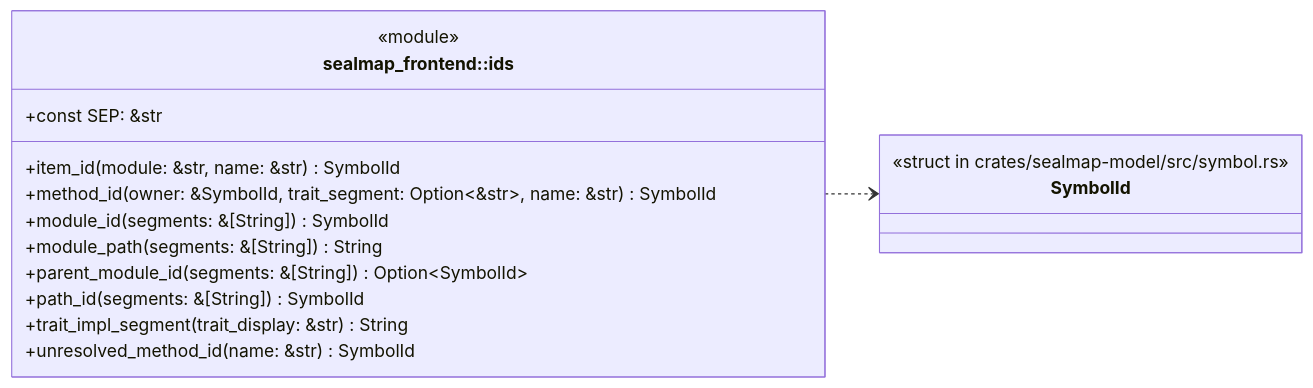
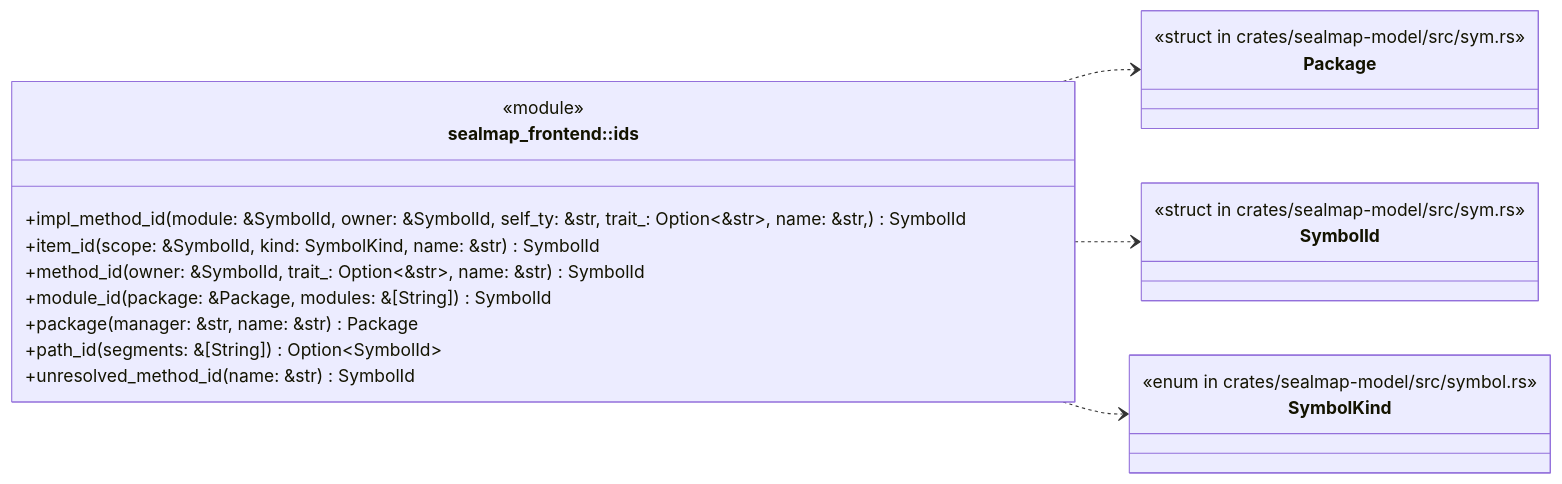
The first of 8 diagrams in docs/sealmap/crates/sealmap-frontend/src/ids.rs.md (DreamLab-AI/codemaid), drawn with Mermaid before and after one commit. The commit also changed other lines of this file and 45 other files, not shown here.

First line of the commit message:
docs: regenerate the self-corpus for sym: ids and schema v2

````diff
--- a/docs/sealmap/crates/sealmap-frontend/src/ids.rs.md
+++ b/docs/sealmap/crates/sealmap-frontend/src/ids.rs.md
@@ -14,20 +14,26 @@
 ```mermaid
 classDiagram
   direction LR
   class sealmap_frontend__ids["sealmap_frontend::ids"] {
     <<module>>
-    +const SEP: &str
-    +item_id(module: &str, name: &str) SymbolId
-    +method_id(owner: &SymbolId, trait_segment: Option#lt;&str#gt;, name: &str) SymbolId
-    +module_id(segments: &[String]) SymbolId
-    +module_path(segments: &[String]) String
-    +parent_module_id(segments: &[String]) Option#lt;SymbolId#gt;
-    +path_id(segments: &[String]) SymbolId
-    +trait_impl_segment(trait_display: &str) String
+    +impl_method_id(module: &SymbolId, owner: &SymbolId, self_ty: &str, trait_: Option#lt;&str#gt;, name: &str,) SymbolId
+    +item_id(scope: &SymbolId, kind: SymbolKind, name: &str) SymbolId
+    +method_id(owner: &SymbolId, trait_: Option#lt;&str#gt;, name: &str) SymbolId
+    +module_id(package: &Package, modules: &[String]) SymbolId
+    +package(manager: &str, name: &str) Package
+    +path_id(segments: &[String]) Option#lt;SymbolId#gt;
     +unresolved_method_id(name: &str) SymbolId
   }
-  class sealmap_model__symbol__SymbolId["SymbolId"] {
-    <<struct in crates/sealmap-model/src/symbol.rs>>
+  class sealmap_model__sym___tPackage["Package"] {
+    <<struct in crates/sealmap-model/src/sym.rs>>
   }
-  sealmap_frontend__ids ..> sealmap_model__symbol__SymbolId
+  class sealmap_model__sym___tSymbolId["SymbolId"] {
+    <<struct in crates/sealmap-model/src/sym.rs>>
+  }
+  class sealmap_model__symbol___tSymbolKind["SymbolKind"] {
+    <<enum in crates/sealmap-model/src/symbol.rs>>
+  }
+  sealmap_frontend__ids ..> sealmap_model__sym___tPackage
+  sealmap_frontend__ids ..> sealmap_model__sym___tSymbolId
+  sealmap_frontend__ids ..> sealmap_model__symbol___tSymbolKind
 ```
````
